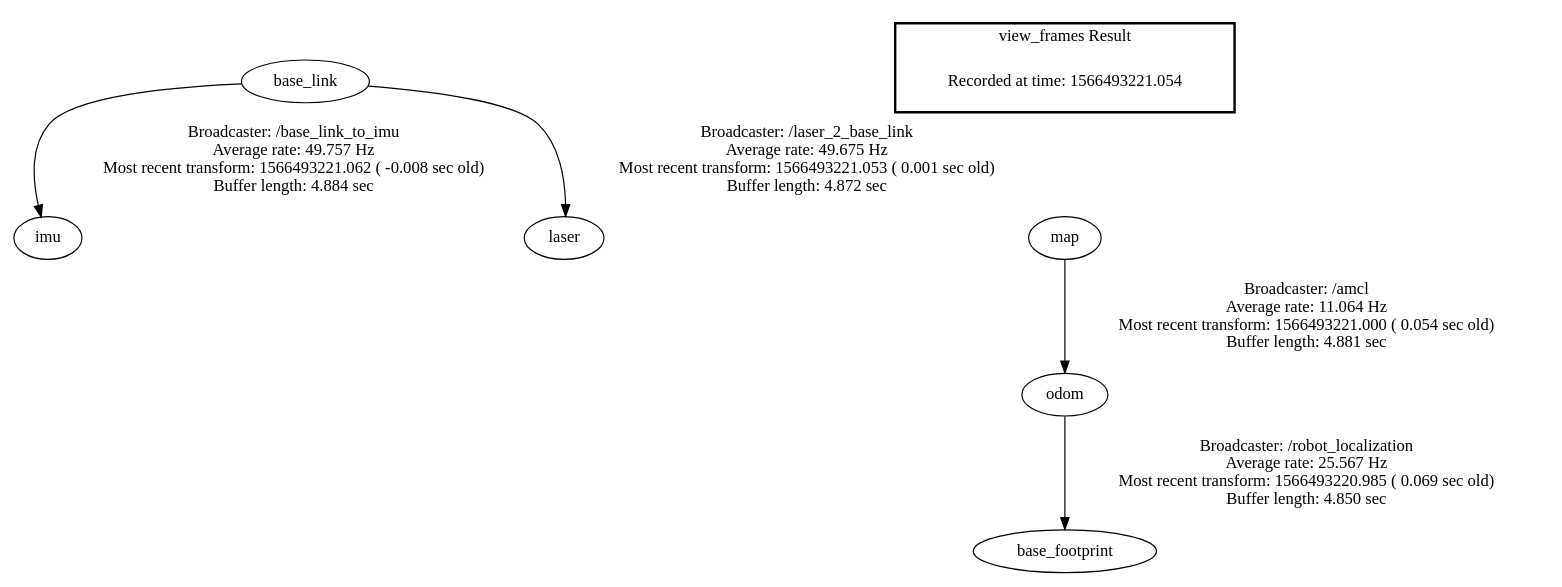
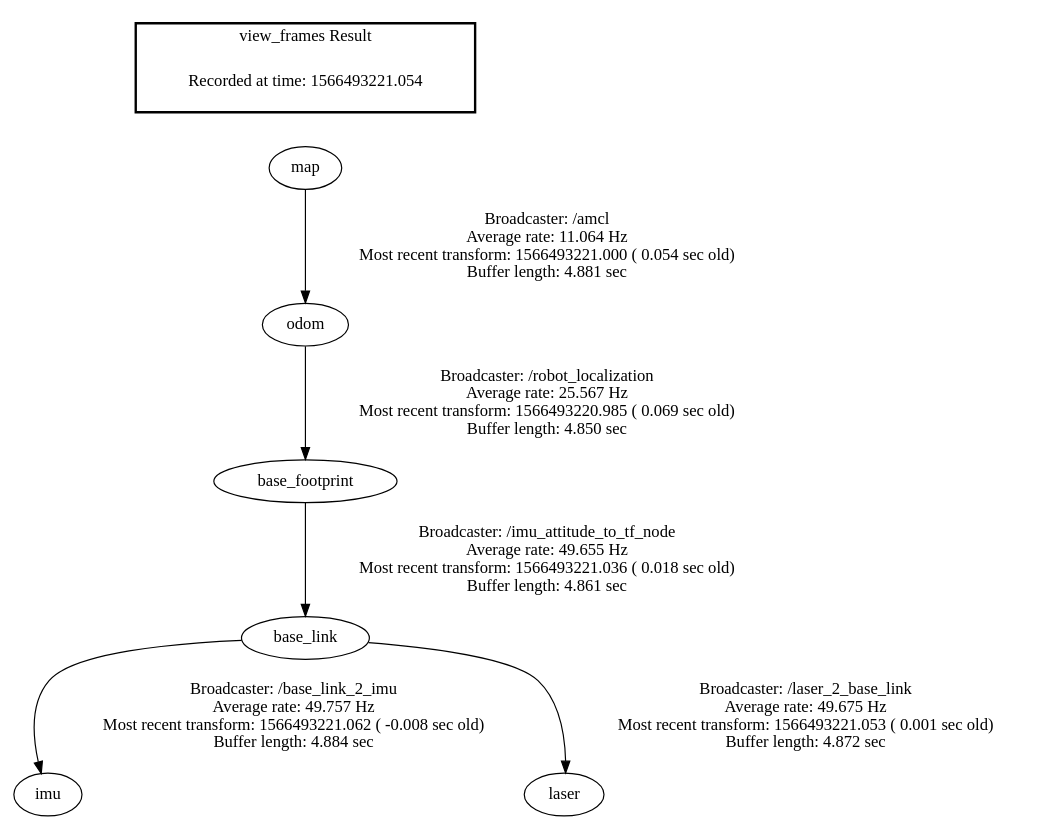
The diagram in thesis/img/racing_tf_tree.gv (simonrozsival/racer), drawn with Graphviz before and after one commit. The commit also changed 554 other files, not shown here.

```diff
--- a/thesis/img/racing_tf_tree.gv
+++ b/thesis/img/racing_tf_tree.gv
@@ -1,10 +1,11 @@
 digraph G {
-"base_link" -> "imu"[label="Broadcaster: /base_link_to_imu\nAverage rate: 49.757 Hz\nMost recent transform: 1566493221.062 ( -0.008 sec old)\nBuffer length: 4.884 sec\n"];
+"base_link" -> "imu"[label="Broadcaster: /base_link_2_imu\nAverage rate: 49.757 Hz\nMost recent transform: 1566493221.062 ( -0.008 sec old)\nBuffer length: 4.884 sec\n"];
 "odom" -> "base_footprint"[label="Broadcaster: /robot_localization\nAverage rate: 25.567 Hz\nMost recent transform: 1566493220.985 ( 0.069 sec old)\nBuffer length: 4.850 sec\n"];
+"base_footprint" -> "base_link"[label="Broadcaster: /imu_attitude_to_tf_node\nAverage rate: 49.655 Hz\nMost recent transform: 1566493221.036 ( 0.018 sec old)\nBuffer length: 4.861 sec\n"];
 "base_link" -> "laser"[label="Broadcaster: /laser_2_base_link\nAverage rate: 49.675 Hz\nMost recent transform: 1566493221.053 ( 0.001 sec old)\nBuffer length: 4.872 sec\n"];
 "map" -> "odom"[label="Broadcaster: /amcl\nAverage rate: 11.064 Hz\nMost recent transform: 1566493221.000 ( 0.054 sec old)\nBuffer length: 4.881 sec\n"];
 edge [style=invis];
  subgraph cluster_legend { style=bold; color=black; label ="view_frames Result";
 "Recorded at time: 1566493221.054"[ shape=plaintext ] ;
  }->"map";
 }
```
